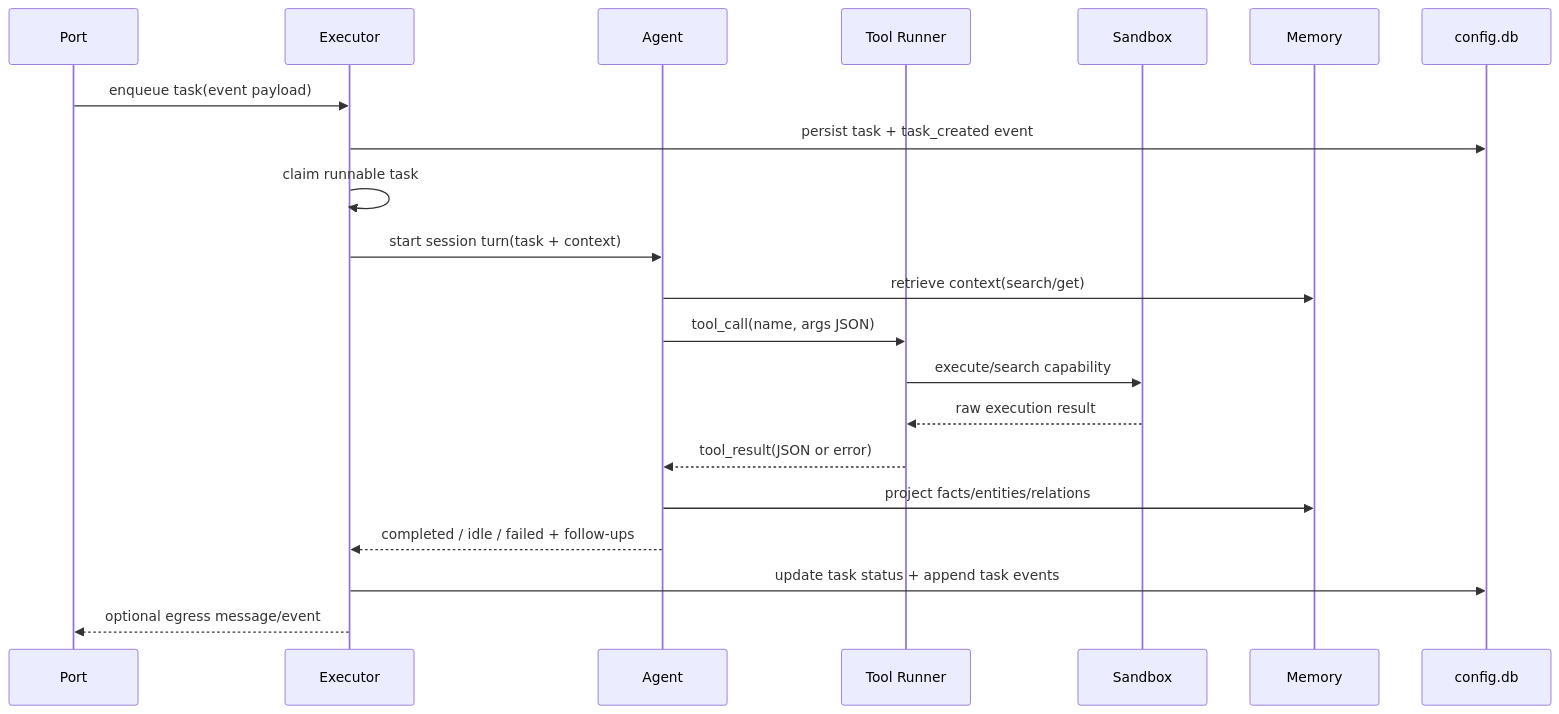
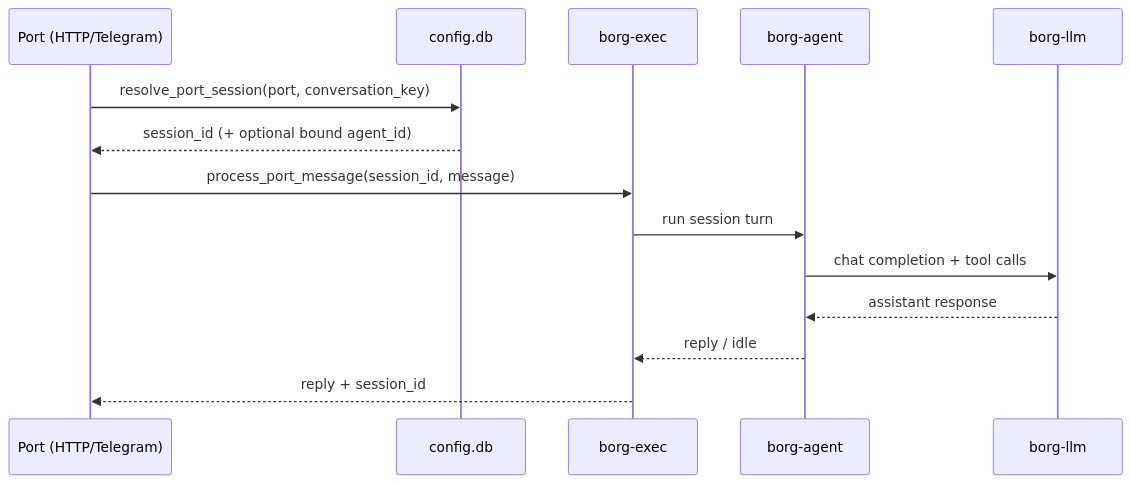
The second of 3 diagrams in ARCHITECTURE.md (leostera/agents), drawn with Mermaid before and after one commit. The commit also changed other lines of this file and 5 other files, not shown here.

Commit message:
docs(architecture): align docs with session-first runtime and task separation

````diff
--- a/ARCHITECTURE.md
+++ b/ARCHITECTURE.md
@@ -70,24 +64,17 @@
 ```mermaid
 sequenceDiagram
-  participant P as Port
-  participant X as Executor
-  participant A as Agent
-  participant T as Tool Runner
-  participant SB as Sandbox
-  participant M as Memory
+  participant P as Port (HTTP/Telegram)
   participant DB as config.db
+  participant X as borg-exec
+  participant A as borg-agent
+  participant L as borg-llm
 
-  P->>X: enqueue task(event payload)
-  X->>DB: persist task + task_created event
-  X->>X: claim runnable task
-  X->>A: start session turn(task + context)
-  A->>M: retrieve context(search/get)
-  A->>T: tool_call(name, args JSON)
-  T->>SB: execute/search capability
-  SB-->>T: raw execution result
-  T-->>A: tool_result(JSON or error)
-  A->>M: project facts/entities/relations
-  A-->>X: completed / idle / failed + follow-ups
-  X->>DB: update task status + append task events
-  X-->>P: optional egress message/event
+  P->>DB: resolve_port_session(port, conversation_key)
+  DB-->>P: session_id (+ optional bound agent_id)
+  P->>X: process_port_message(session_id, message)
+  X->>A: run session turn
+  A->>L: chat completion + tool calls
+  L-->>A: assistant response
+  A-->>X: reply / idle
+  X-->>P: reply + session_id
 ```
````
